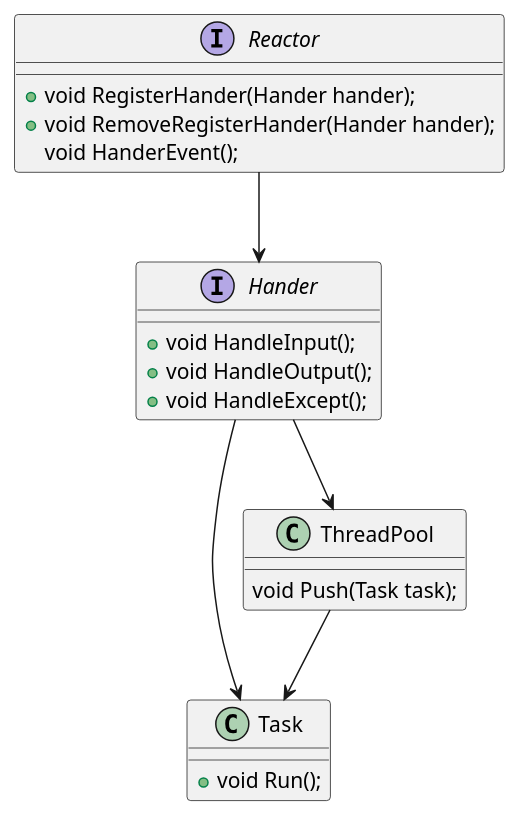
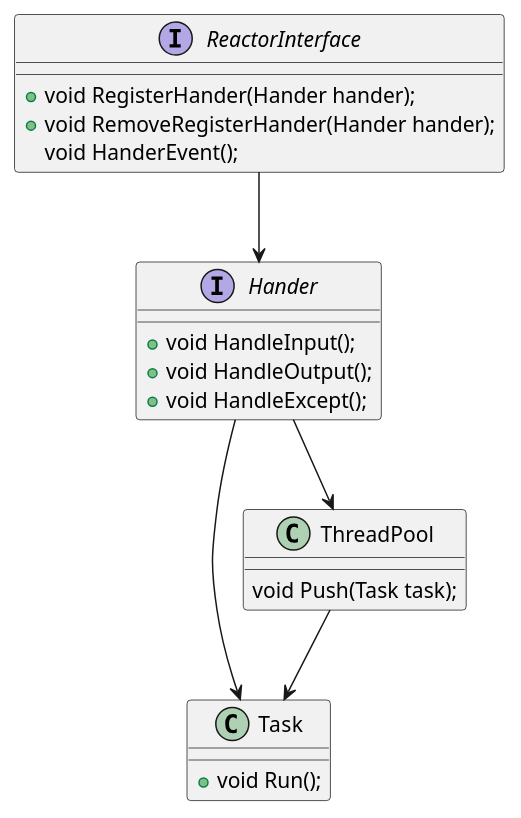
Before and after one commit to ZeroOf/cpp_practice: the diagram in uml/reactor/readme.md, drawn with PlantUML. The commit also changed 140 other files, not shown here.

````diff
--- a/uml/reactor/readme.md
+++ b/uml/reactor/readme.md
@@ -3,31 +3,31 @@
 ```puml
 @startuml
-interface Reactor {
+interface ReactorInterface {
     +void RegisterHander(Hander hander);
     +void RemoveRegisterHander(Hander hander);
     void HanderEvent();
 }
 
 interface Hander {
     + void HandleInput();
     + void HandleOutput();
     + void HandleExcept();
 }
 
-Reactor --> Hander
+ReactorInterface --> Hander
 
 class Task {
     +void Run();
 }
 
 class ThreadPool {
     void Push(Task task);
 }
 
 ThreadPool --> Task
 
 Hander --> ThreadPool
 Hander --> Task
 
 @enduml
 ```
````
